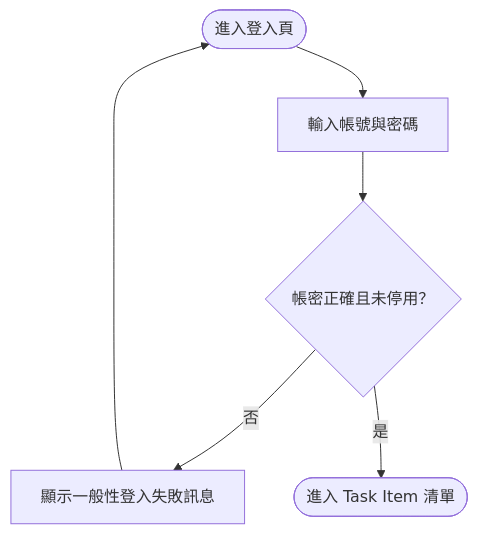
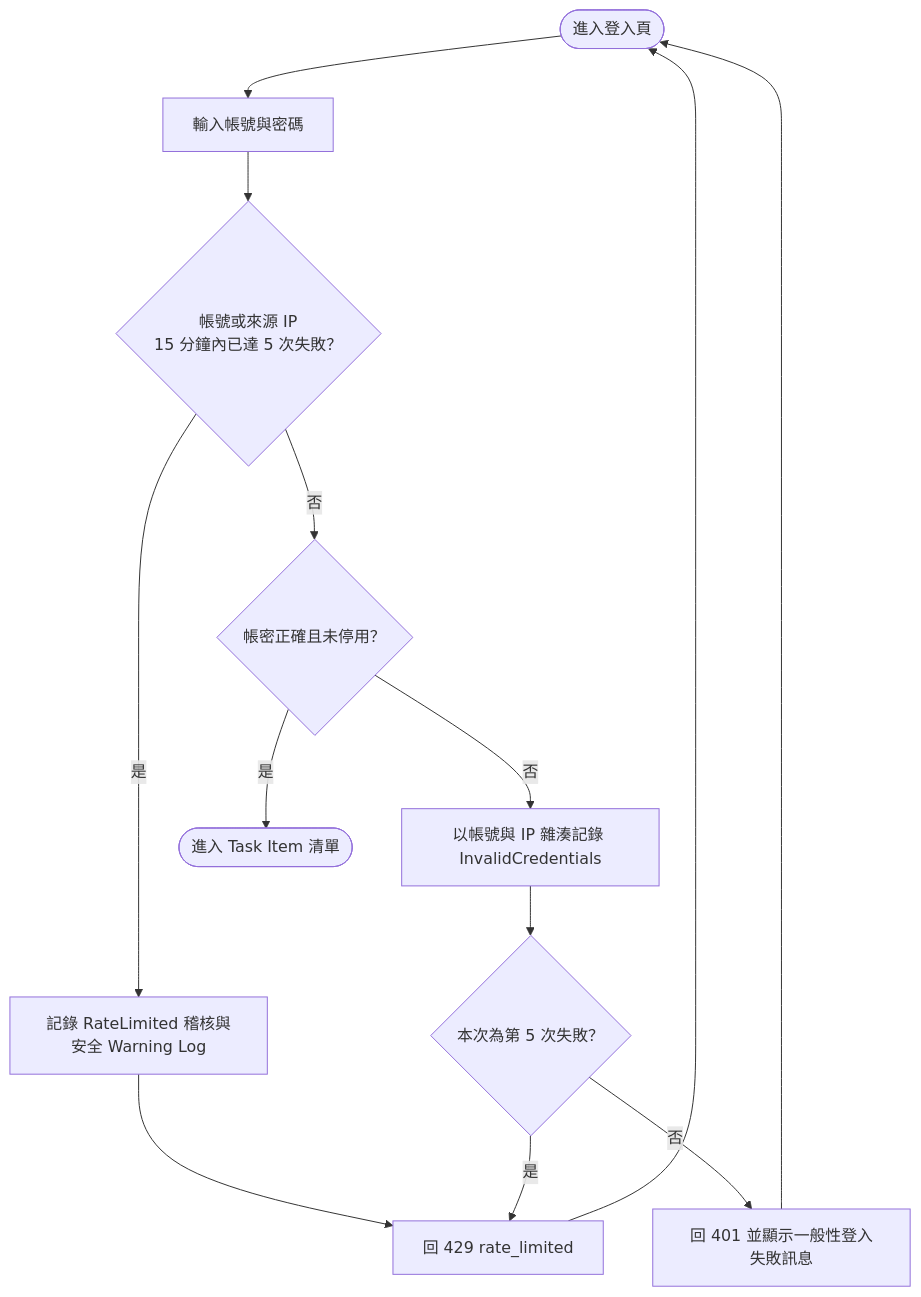
The second of 2 diagrams in Flowchart/註冊、Email 驗證與登入.md (JJDing-Louis/ProjectManagementWeb_Spec), drawn with Mermaid before and after one commit. The commit also changed other lines of this file and 13 other files, not shown here.

````diff
--- a/Flowchart/註冊、Email 驗證與登入.md
+++ b/Flowchart/註冊、Email 驗證與登入.md
@@ -26,8 +31,15 @@
 ```mermaid
 flowchart TB
     loginStart([進入登入頁]) --> enterCredentials[輸入帳號與密碼]
-    enterCredentials --> loginAllowed{帳密正確且未停用？}
-    loginAllowed -->|否| showLoginError[顯示一般性登入失敗訊息]
+    enterCredentials --> rateLimited{帳號或來源 IP<br/>15 分鐘內已達 5 次失敗？}
+    rateLimited -->|是| recordLimited[記錄 RateLimited 稽核與安全 Warning Log]
+    recordLimited --> showRateLimit[回 429 rate_limited]
+    showRateLimit --> loginStart
+    rateLimited -->|否| loginAllowed{帳密正確且未停用？}
+    loginAllowed -->|否| recordFailure[以帳號與 IP 雜湊記錄 InvalidCredentials]
+    recordFailure --> fifthFailure{本次為第 5 次失敗？}
+    fifthFailure -->|否| showLoginError[回 401 並顯示一般性登入失敗訊息]
+    fifthFailure -->|是| showRateLimit
     showLoginError --> loginStart
     loginAllowed -->|是| taskList([進入 Task Item 清單])
 ```
````
